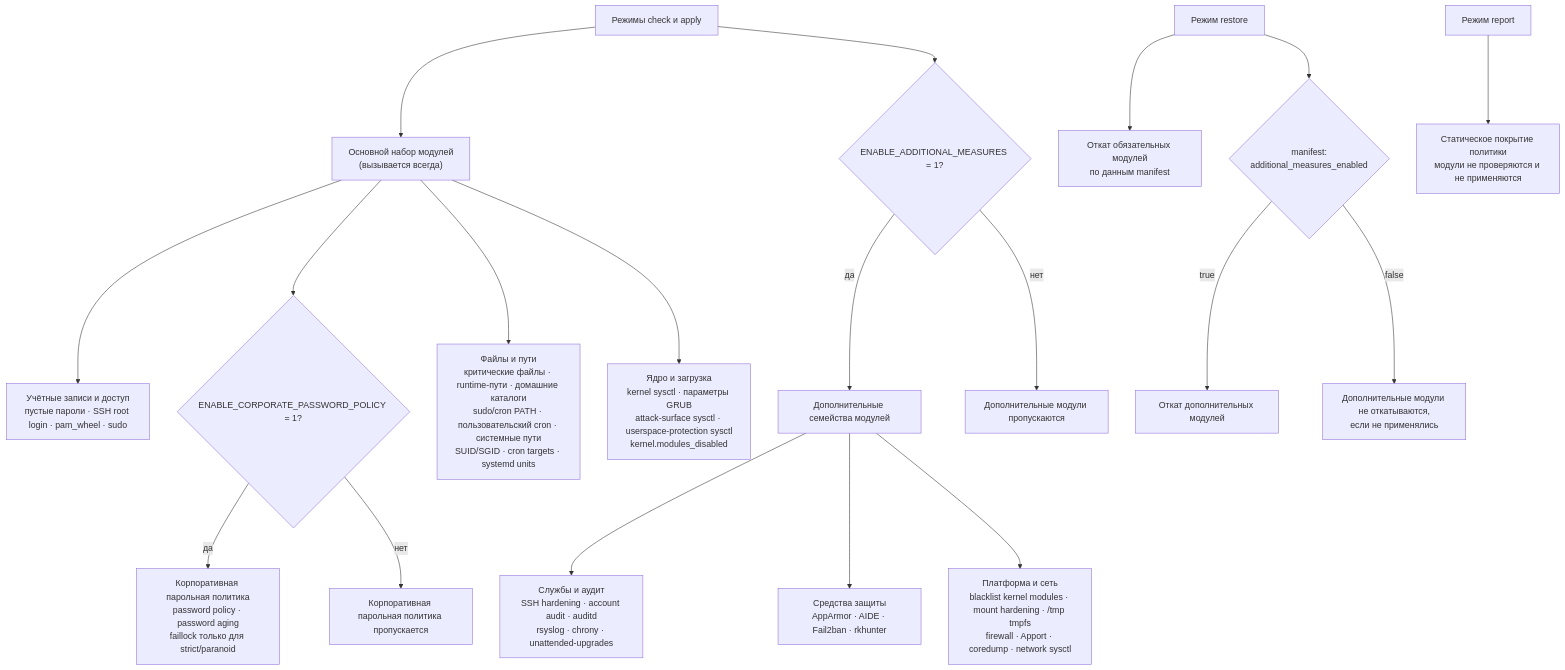
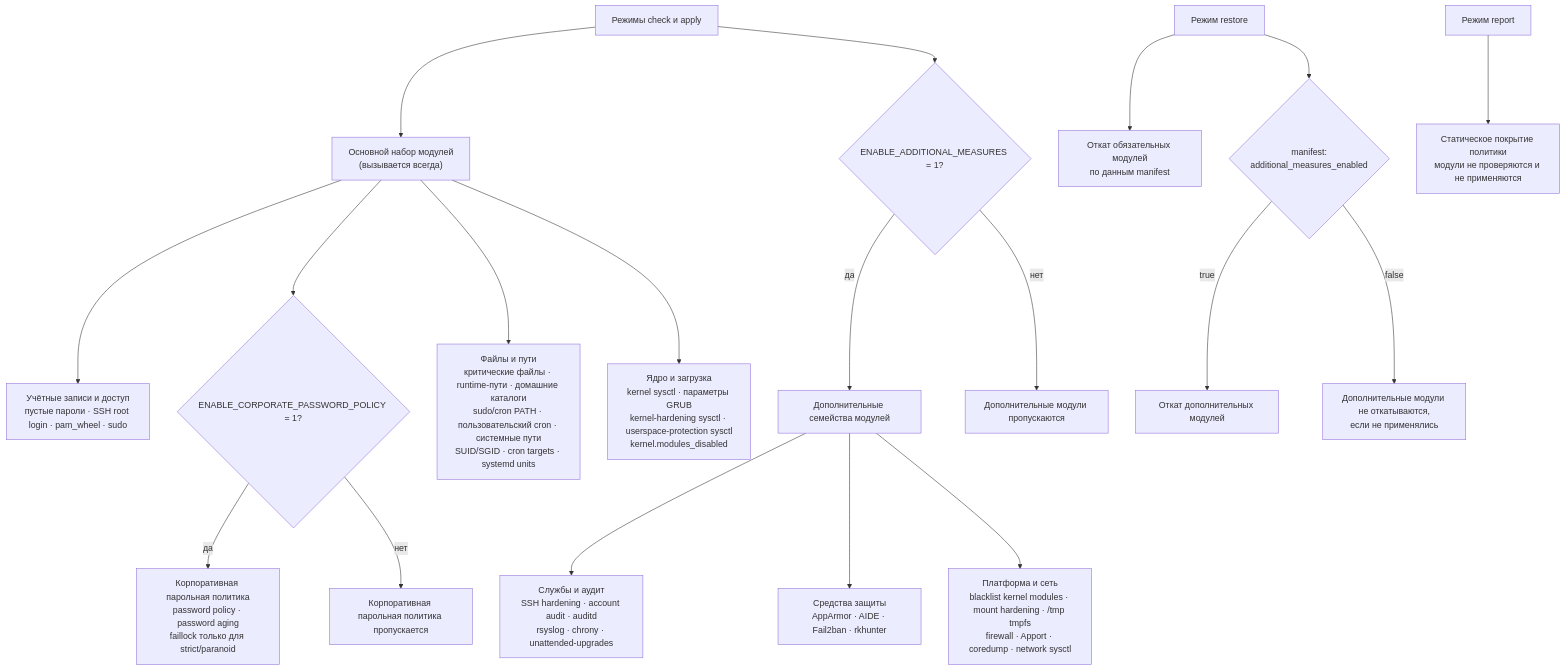
Before and after one commit to rasav65/SecureLinux-Policy: the second of 3 diagrams in docs/ARCHITECTURE-DIAGRAMS.md, drawn with Mermaid. The commit also changed 38 other files, not shown here.

````diff
--- a/docs/ARCHITECTURE-DIAGRAMS.md
+++ b/docs/ARCHITECTURE-DIAGRAMS.md
@@ -59,26 +59,26 @@
 ```mermaid
 flowchart TB
     CHECK_APPLY["Режимы check и apply"] --> CORE["Основной набор модулей<br/>(вызывается всегда)"]
     CHECK_APPLY --> FLAG{"ENABLE_ADDITIONAL_MEASURES = 1?"}
 
     FLAG -- "да" --> EXTRA["Дополнительные семейства модулей"]
     FLAG -- "нет" --> EXTRA_SKIP["Дополнительные модули пропускаются"]
 
     CORE --> ACCESS["Учётные записи и доступ<br/>пустые пароли · SSH root login · pam_wheel · sudo"]
     CORE --> CORP_FLAG{"ENABLE_CORPORATE_PASSWORD_POLICY = 1?"}
     CORP_FLAG -- "да" --> CORP["Корпоративная парольная политика<br/>password policy · password aging<br/>faillock только для strict/paranoid"]
     CORP_FLAG -- "нет" --> CORP_SKIP["Корпоративная парольная политика пропускается"]
     CORE --> FILES["Файлы и пути<br/>критические файлы · runtime-пути · домашние каталоги<br/>sudo/cron PATH · пользовательский cron · системные пути<br/>SUID/SGID · cron targets · systemd units"]
-    CORE --> KERNEL["Ядро и загрузка<br/>kernel sysctl · параметры GRUB<br/>attack-surface sysctl · userspace-protection sysctl<br/>kernel.modules_disabled"]
+    CORE --> KERNEL["Ядро и загрузка<br/>kernel sysctl · параметры GRUB<br/>kernel-hardening sysctl · userspace-protection sysctl<br/>kernel.modules_disabled"]
 
     EXTRA --> SERVICES["Службы и аудит<br/>SSH hardening · account audit · auditd<br/>rsyslog · chrony · unattended-upgrades"]
     EXTRA --> PROTECTION["Средства защиты<br/>AppArmor · AIDE · Fail2ban · rkhunter"]
     EXTRA --> PLATFORM["Платформа и сеть<br/>blacklist kernel modules · mount hardening · /tmp tmpfs<br/>firewall · Apport · coredump · network sysctl"]
 
     RESTORE["Режим restore"] --> CORE_RESTORE["Откат обязательных модулей<br/>по данным manifest"]
     RESTORE --> MANIFEST_FLAG{"manifest:<br/>additional_measures_enabled"}
     MANIFEST_FLAG -- "true" --> EXTRA_RESTORE["Откат дополнительных модулей"]
     MANIFEST_FLAG -- "false" --> EXTRA_RESTORE_SKIP["Дополнительные модули не откатываются,<br/>если не применялись"]
 
     REPORT["Режим report"] --> STATIC["Статическое покрытие политики<br/>модули не проверяются и не применяются"]
 ```
````
